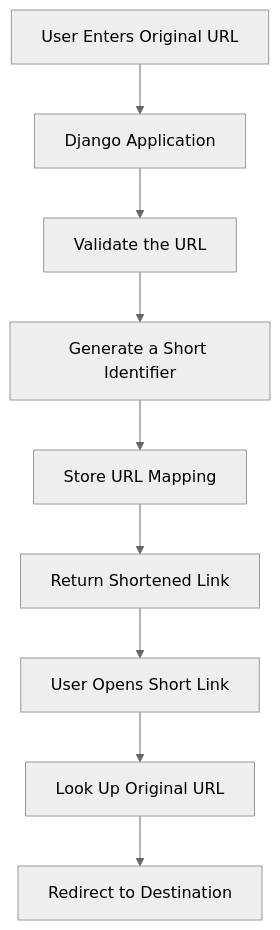
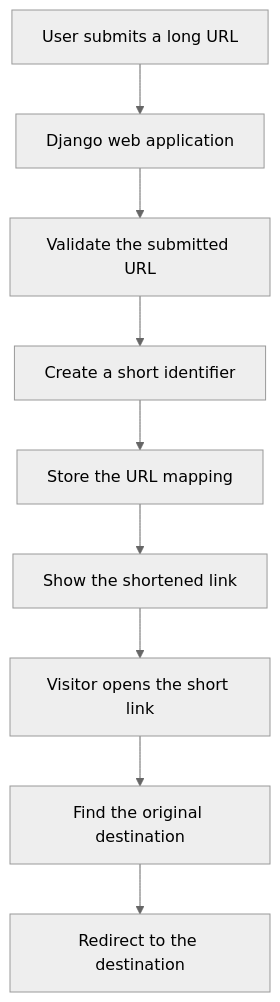
One commit to maahii-in/url_shortner_python changed the diagram in README.md. Above: the diagram before and after it, drawn with Mermaid (neutral theme). The commit also changed other lines of this file, not shown here.

````diff
--- a/README.md
+++ b/README.md
@@ -48,11 +32,11 @@
 ```mermaid
 flowchart TD
-    A[User Enters Original URL] --> B[Django Application]
-    B --> C[Validate the URL]
-    C --> D[Generate a Short Identifier]
-    D --> E[Store URL Mapping]
-    E --> F[Return Shortened Link]
-    F --> G[User Opens Short Link]
-    G --> H[Look Up Original URL]
-    H --> I[Redirect to Destination]
+    A[User submits a long URL] --> B[Django web application]
+    B --> C[Validate the submitted URL]
+    C --> D[Create a short identifier]
+    D --> E[Store the URL mapping]
+    E --> F[Show the shortened link]
+    F --> G[Visitor opens the short link]
+    G --> H[Find the original destination]
+    H --> I[Redirect to the destination]
 ```
````
